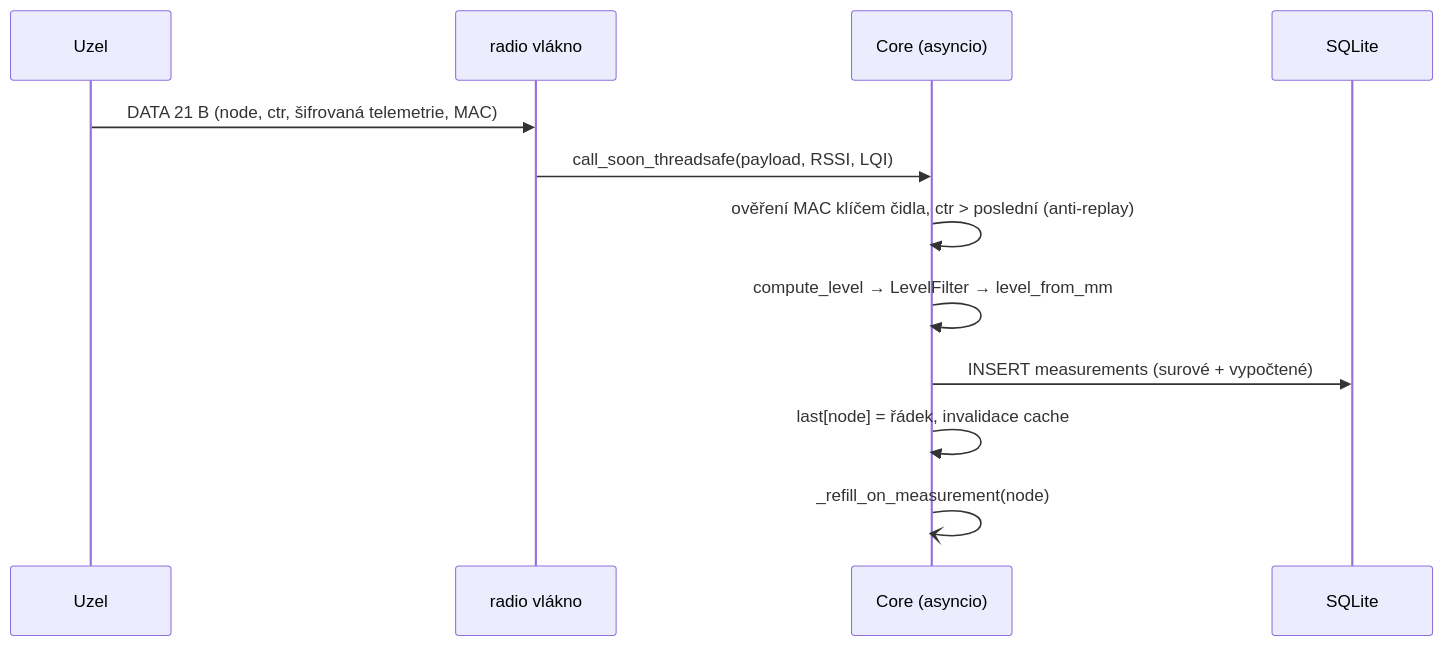
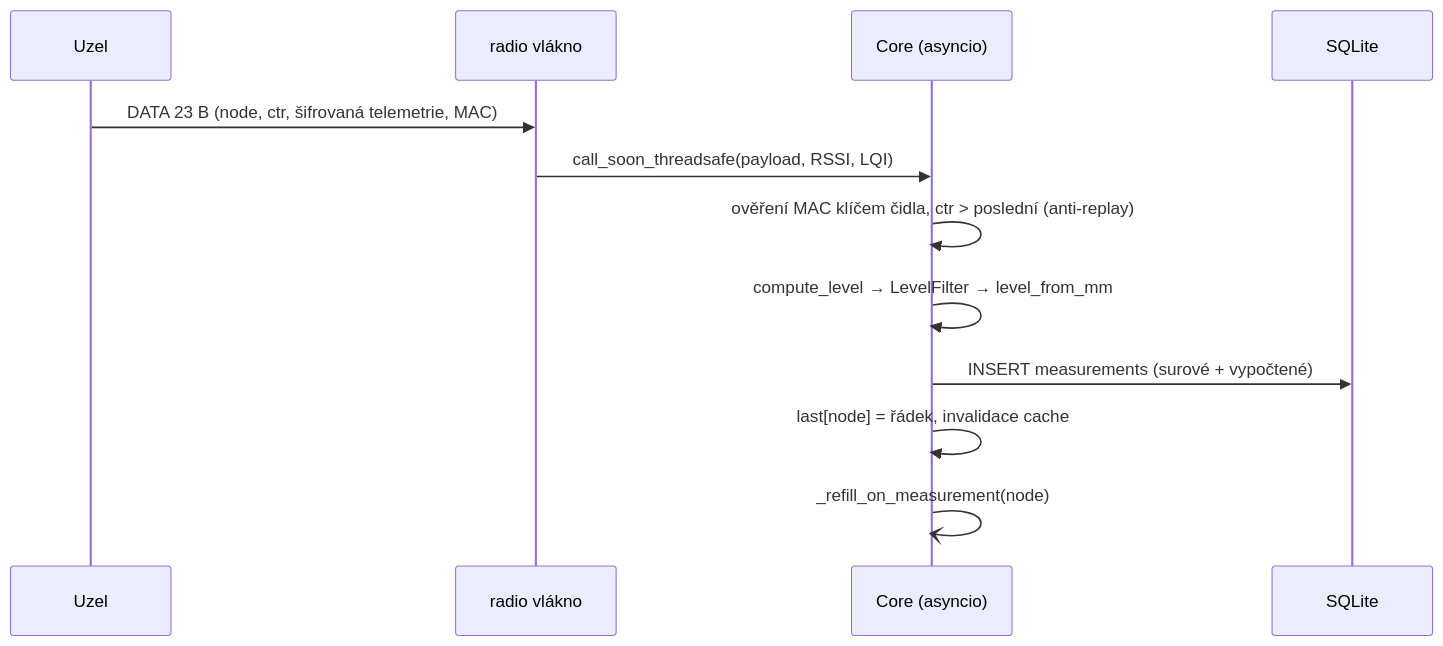
Before and after one commit to Svaty10/Retencni_Nadrz_V2: the second of 3 diagrams in docs/architektura.md, drawn with Mermaid. The commit also changed 22 other files, not shown here.

````diff
--- a/docs/architektura.md
+++ b/docs/architektura.md
@@ -89,14 +89,14 @@
 ```mermaid
 sequenceDiagram
     participant N as Uzel
     participant R as radio vlákno
     participant C as Core (asyncio)
     participant DB as SQLite
-    N->>R: DATA 21 B (node, ctr, šifrovaná telemetrie, MAC)
+    N->>R: DATA 23 B (node, ctr, šifrovaná telemetrie, MAC)
     R->>C: call_soon_threadsafe(payload, RSSI, LQI)
     C->>C: ověření MAC klíčem čidla, ctr > poslední (anti-replay)
     C->>C: compute_level → LevelFilter → level_from_mm
     C->>DB: INSERT measurements (surové + vypočtené)
     C->>C: last[node] = řádek, invalidace cache
     C-)C: _refill_on_measurement(node)
 ```
````
